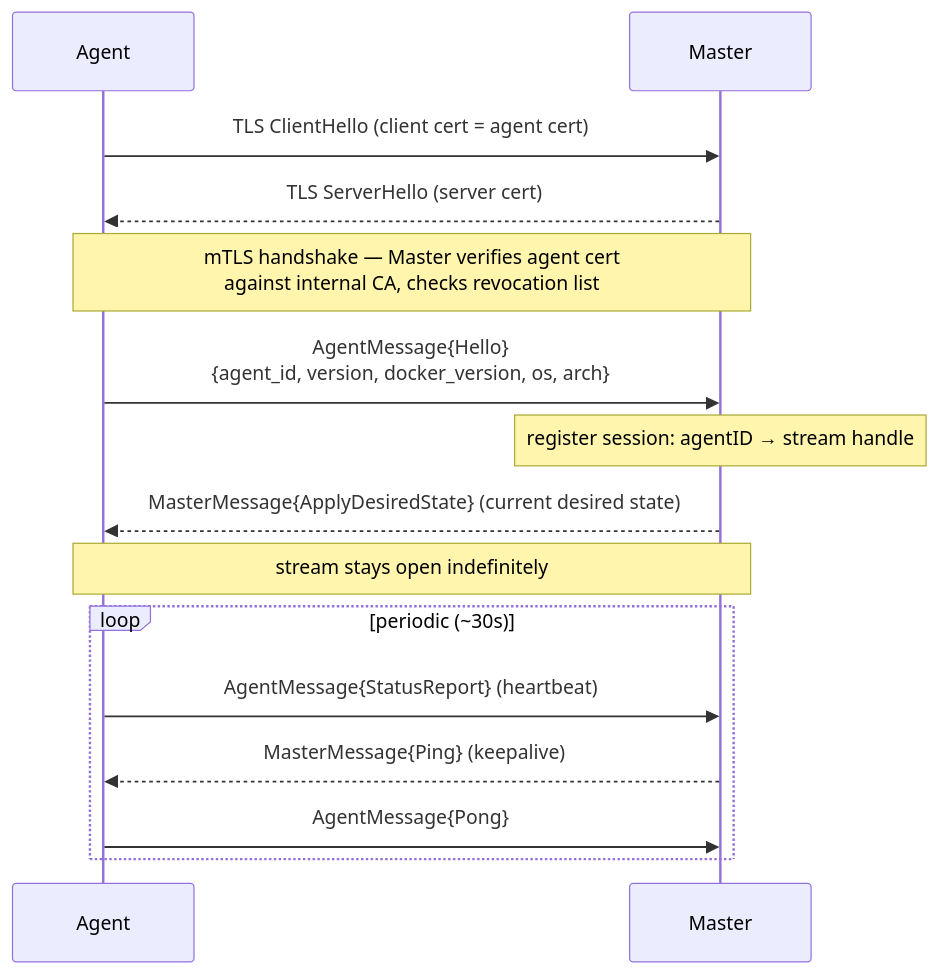
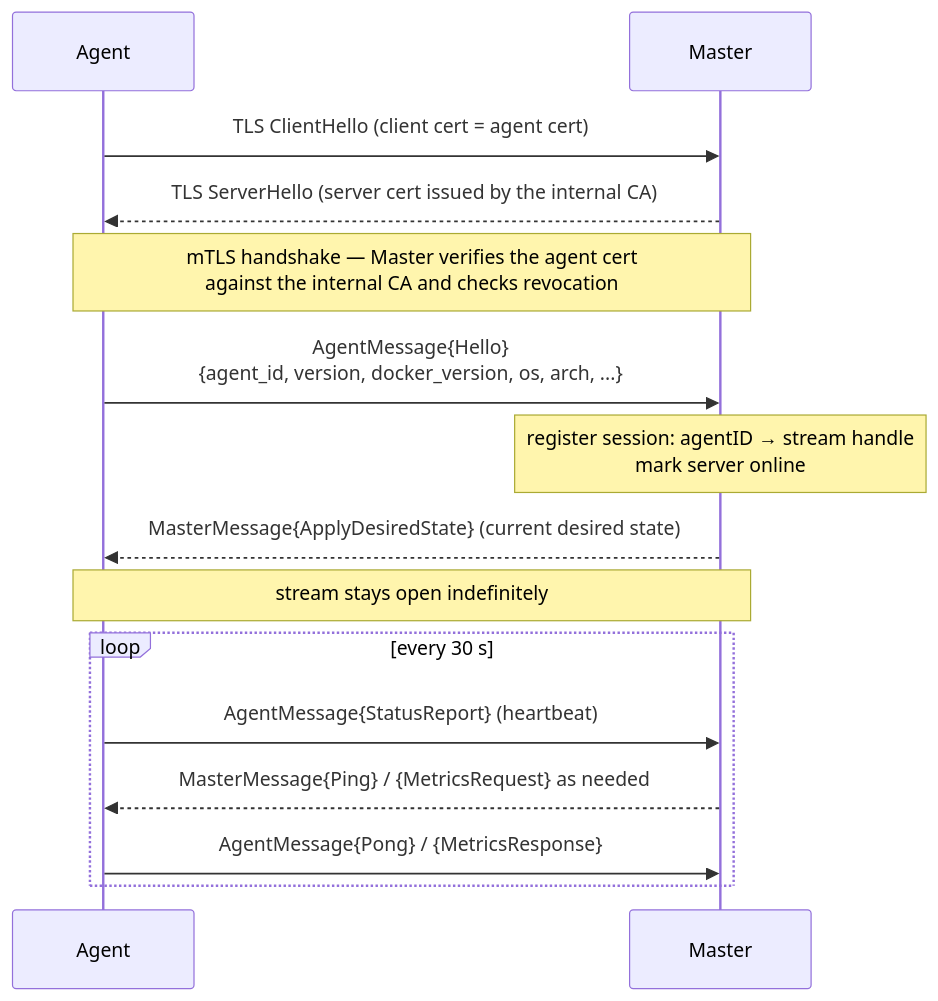
Before and after one commit to heckertobias/orkestra: the second of 3 diagrams in docs/02-protocol.md, drawn with Mermaid. The commit also changed other lines of this file and 12 other files, not shown here.

````diff
--- a/docs/02-protocol.md
+++ b/docs/02-protocol.md
@@ -45,17 +50,17 @@
 ```mermaid
 sequenceDiagram
     participant Agent
     participant Master
     Agent->>Master: TLS ClientHello (client cert = agent cert)
-    Master-->>Agent: TLS ServerHello (server cert)
-    Note over Agent,Master: mTLS handshake — Master verifies agent cert<br/>against internal CA, checks revocation list
-    Agent->>Master: AgentMessage{Hello}<br/>{agent_id, version, docker_version, os, arch}
-    Note over Master: register session: agentID → stream handle
+    Master-->>Agent: TLS ServerHello (server cert issued by the internal CA)
+    Note over Agent,Master: mTLS handshake — Master verifies the agent cert<br/>against the internal CA and checks revocation
+    Agent->>Master: AgentMessage{Hello}<br/>{agent_id, version, docker_version, os, arch, ...}
+    Note over Master: register session: agentID → stream handle<br/>mark server online
     Master-->>Agent: MasterMessage{ApplyDesiredState} (current desired state)
     Note over Agent,Master: stream stays open indefinitely
-    loop periodic (~30s)
+    loop every 30 s
         Agent->>Master: AgentMessage{StatusReport} (heartbeat)
-        Master-->>Agent: MasterMessage{Ping} (keepalive)
-        Agent->>Master: AgentMessage{Pong}
+        Master-->>Agent: MasterMessage{Ping} / {MetricsRequest} as needed
+        Agent->>Master: AgentMessage{Pong} / {MetricsResponse}
     end
 ```
````
